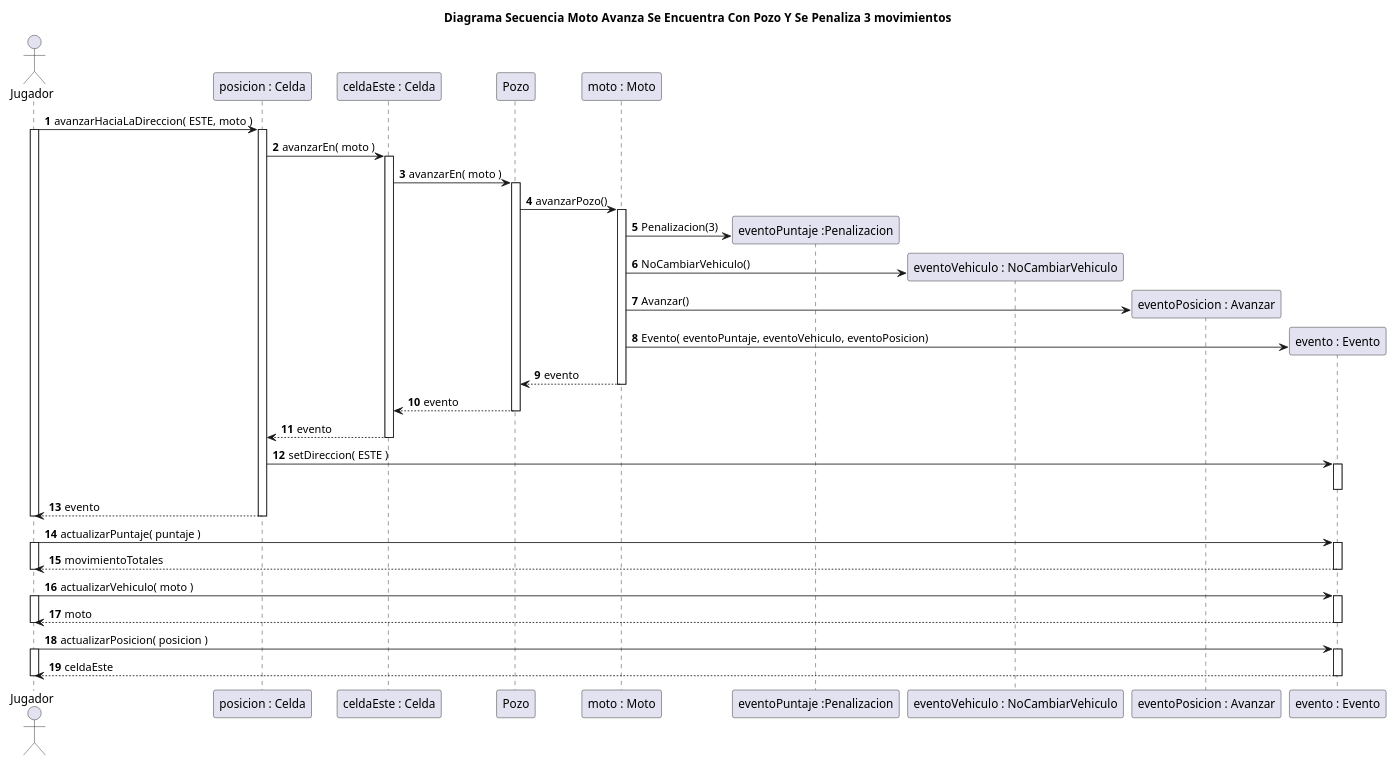
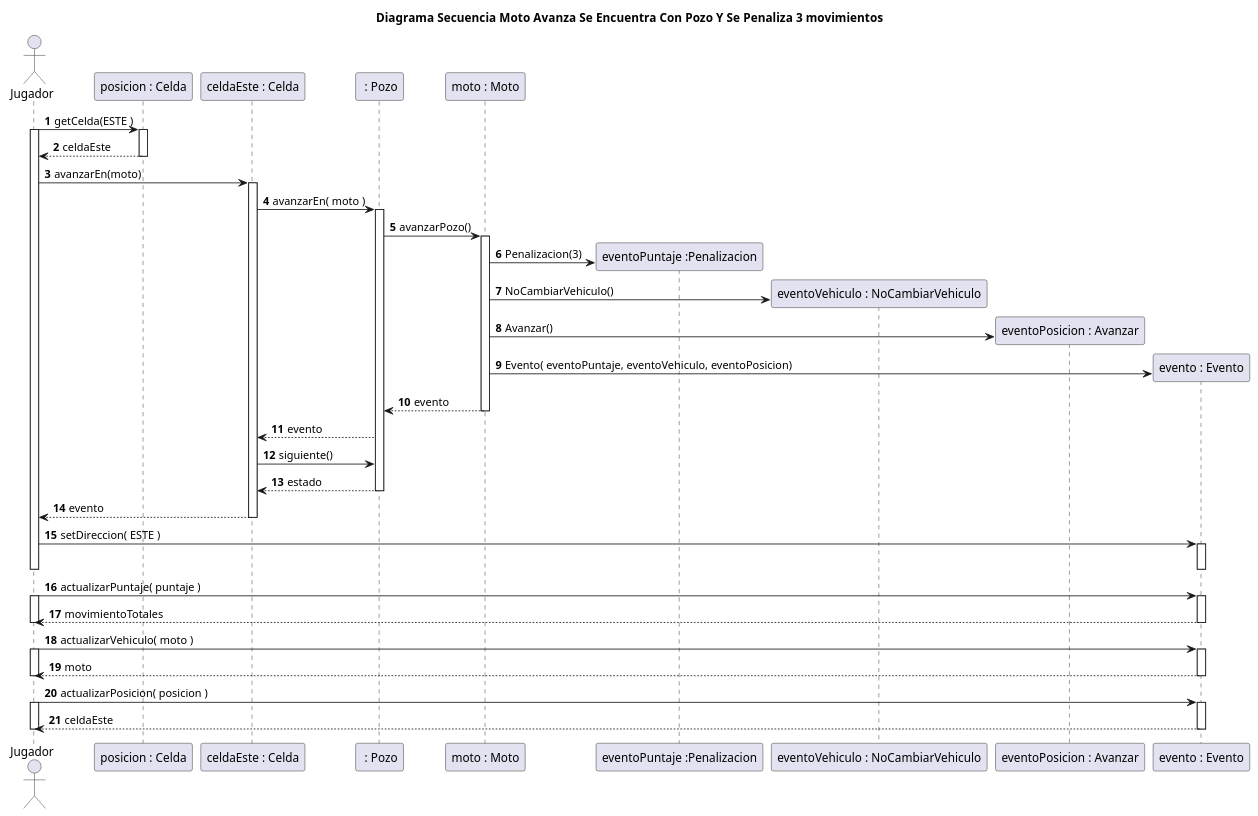
Before and after one commit to rodrigovzq/algo3_tp2: the diagram in diagrams/sequences/entrega1/actualizados/DiagramaSecuenciaCasoConPozoEnMoto.puml, drawn with PlantUML. The commit also changed 6 other files, not shown here.

Commit message:
Actualize diagramas primera entrega

```diff
--- a/diagrams/sequences/entrega1/actualizados/DiagramaSecuenciaCasoConPozoEnMoto.puml
+++ b/diagrams/sequences/entrega1/actualizados/DiagramaSecuenciaCasoConPozoEnMoto.puml
@@ -1,60 +1,62 @@
 @startuml
 title Diagrama Secuencia Moto Avanza Se Encuentra Con Pozo  Y Se Penaliza 3 movimientos
 
 autonumber
 
 actor Jugador
 
-Jugador -> "posicion : Celda"++: avanzarHaciaLaDireccion( ESTE, moto )
+Jugador -> "posicion : Celda"++: getCelda(ESTE )
+activate Jugador
+"posicion : Celda" --> Jugador: celdaEste
+deactivate "posicion : Celda"
 
-activate Jugador
-"posicion : Celda" -> "celdaEste : Celda"++: avanzarEn( moto )
-
-
-"celdaEste : Celda" -> Pozo++: avanzarEn( moto )
-Pozo -> "moto : Moto"++: avanzarPozo()
+Jugador -> "celdaEste : Celda"++: avanzarEn(moto)
+"celdaEste : Celda" -> " : Pozo"++: avanzarEn( moto )
+" : Pozo" -> "moto : Moto"++: avanzarPozo()
 
 create "eventoPuntaje :Penalizacion"
 "moto : Moto"-> "eventoPuntaje :Penalizacion": Penalizacion(3)
 
 create "eventoVehiculo : NoCambiarVehiculo"
 "moto : Moto"-> "eventoVehiculo : NoCambiarVehiculo": NoCambiarVehiculo()
 
 create "eventoPosicion : Avanzar"
 "moto : Moto"-> "eventoPosicion : Avanzar": Avanzar()
 
 create "evento : Evento"
 "moto : Moto"  -> "evento : Evento": Evento( eventoPuntaje, eventoVehiculo, eventoPosicion)
 
 
-"moto : Moto" --> Pozo: evento
+"moto : Moto" --> " : Pozo": evento
 deactivate "moto : Moto"
 
-Pozo --> "celdaEste : Celda": evento
-deactivate Pozo
+" : Pozo" --> "celdaEste : Celda": evento
+"celdaEste : Celda" -> " : Pozo": siguiente()
+" : Pozo" --> "celdaEste : Celda": estado
+deactivate " : Pozo"
 
 
-"celdaEste : Celda" --> "posicion : Celda": evento
+"celdaEste : Celda" --> Jugador: evento
 deactivate "celdaEste : Celda"
 
-"posicion : Celda" -> "evento : Evento"++: setDireccion( ESTE )
+Jugador -> "evento : Evento"++: setDireccion( ESTE )
 deactivate "evento : Evento"
-"posicion : Celda" --> Jugador--: evento
+
 deactivate Jugador
 
 Jugador -> "evento : Evento"++: actualizarPuntaje( puntaje )
 activate Jugador
 Jugador <-- "evento : Evento"--: movimientoTotales
 deactivate Jugador
 
 Jugador -> "evento : Evento"++: actualizarVehiculo( moto )
 activate Jugador
 Jugador <-- "evento : Evento"--: moto
 deactivate Jugador
 
 Jugador -> "evento : Evento"++: actualizarPosicion( posicion )
 activate Jugador
 Jugador <-- "evento : Evento"--: celdaEste
 deactivate Jugador
 
 @enduml
```
